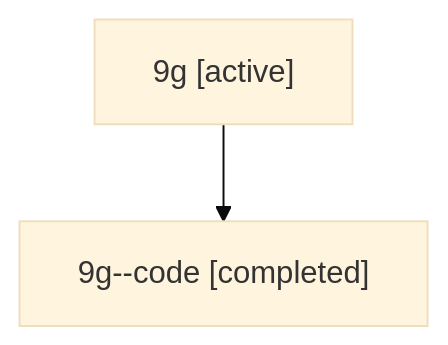
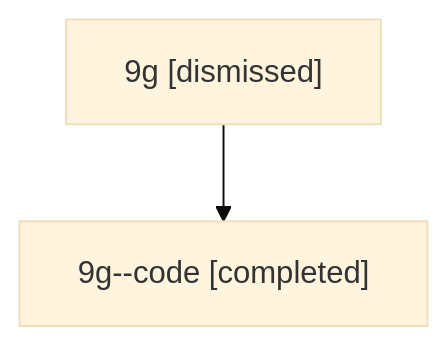
One commit to sase-org/sase--agents changed the diagram in sessions/bbugyi200.athena.9g.md. Above: the diagram before and after it, drawn with Mermaid (base theme). The commit also changed other lines of this file and 40 other files, not shown here.

````diff
--- a/sessions/bbugyi200.athena.9g.md
+++ b/sessions/bbugyi200.athena.9g.md
@@ -9,6 +9,6 @@
 ```mermaid
 flowchart TD
-  n0["9g [active]"]
+  n0["9g [dismissed]"]
   n1["9g--code [completed]"]
   n0 --> n1
 ```
````
